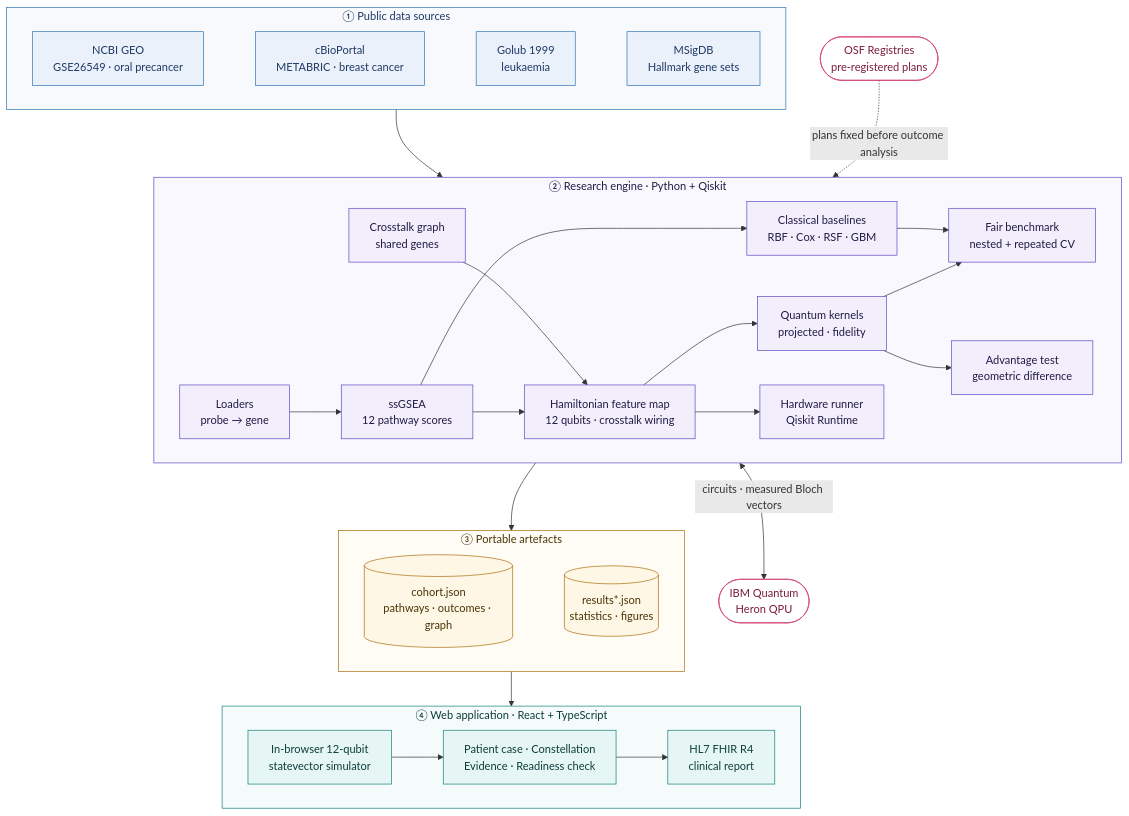
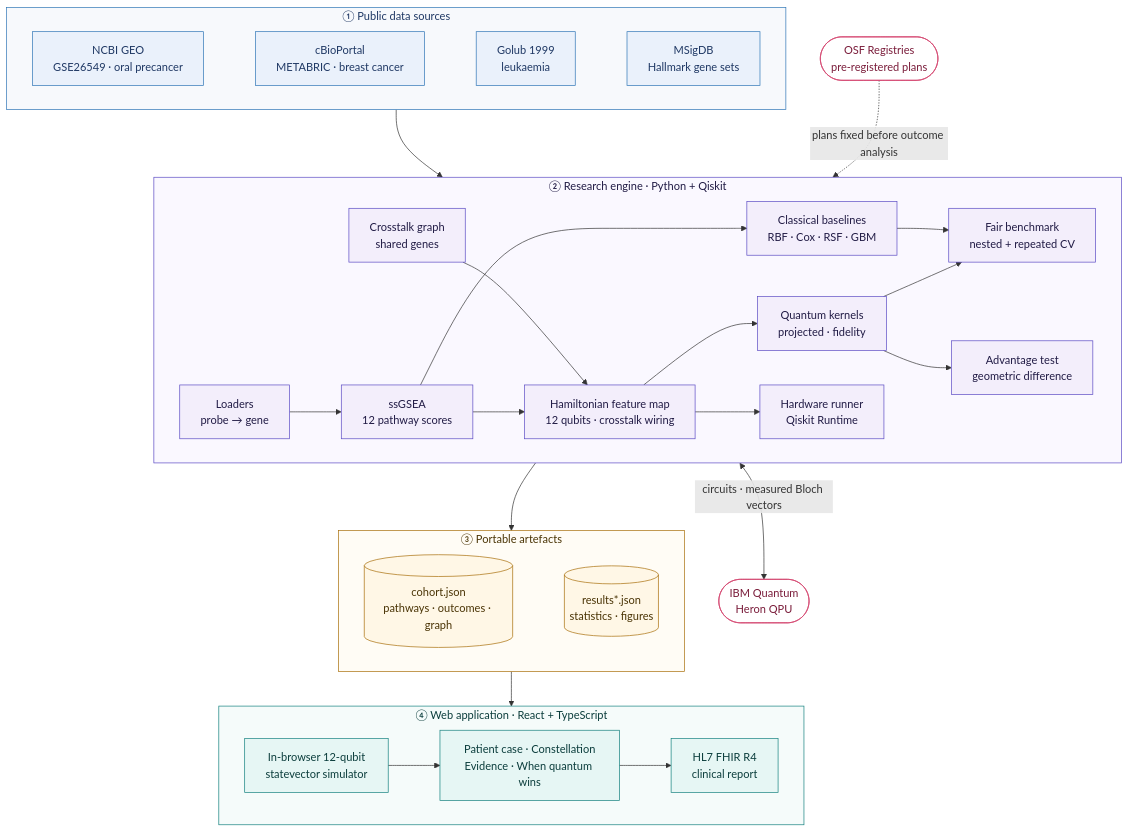
Before and after one commit to VijayaY836/Sanket: the first of 2 diagrams in README.md, drawn with Mermaid. The commit also changed other lines of this file and 1 other file, not shown here.

First line of the commit message:
Stop ignoring web/src/lib and drop unbuilt Readiness check claims

````diff
--- a/README.md
+++ b/README.md
@@ -78,61 +78,61 @@
 ```mermaid
 flowchart TB
     subgraph SRC["① Public data sources"]
         direction LR
         GEO["NCBI GEO<br/>GSE26549 · oral precancer"]
         CBP["cBioPortal<br/>METABRIC · breast cancer"]
         GOL["Golub 1999<br/>leukaemia"]
         MSIG["MSigDB<br/>Hallmark gene sets"]
         GEO ~~~ CBP ~~~ GOL ~~~ MSIG
     end
 
     subgraph ENG["② Research engine · Python + Qiskit"]
         direction LR
         LOAD["Loaders<br/>probe → gene"] --> SSG["ssGSEA<br/>12 pathway scores"]
         SSG --> FM["Hamiltonian feature map<br/>12 qubits · crosstalk wiring"]
         XT["Crosstalk graph<br/>shared genes"] --> FM
         FM --> KER["Quantum kernels<br/>projected · fidelity"]
         SSG --> CLS["Classical baselines<br/>RBF · Cox · RSF · GBM"]
         KER --> BEN["Fair benchmark<br/>nested + repeated CV"]
         CLS --> BEN
         KER --> ADV["Advantage test<br/>geometric difference"]
         FM --> HW["Hardware runner<br/>Qiskit Runtime"]
     end
 
     subgraph OUT["③ Portable artefacts"]
         direction LR
         COH[("cohort.json<br/>pathways · outcomes · graph")]
         RES[("results*.json<br/>statistics · figures")]
         COH ~~~ RES
     end
 
     subgraph APP["④ Web application · React + TypeScript"]
         direction LR
-        SIM["In-browser 12-qubit<br/>statevector simulator"] --> VIEWS["Patient case · Constellation<br/>Evidence · Readiness check"]
+        SIM["In-browser 12-qubit<br/>statevector simulator"] --> VIEWS["Patient case · Constellation<br/>Evidence · When quantum wins"]
         VIEWS --> FHIR["HL7 FHIR R4<br/>clinical report"]
     end
 
     IBM(["IBM Quantum<br/>Heron QPU"])
     OSF(["OSF Registries<br/>pre-registered plans"])
 
     SRC --> ENG
     ENG --> OUT
     OUT --> APP
     ENG <-- "circuits · measured Bloch vectors" --> IBM
     OSF -. "plans fixed before outcome analysis" .-> ENG
 
     classDef src fill:#eaf1fb,stroke:#2e75b6,color:#1f3864
     classDef eng fill:#f3eefb,stroke:#5b4bc4,color:#211b45
     classDef out fill:#fff7e6,stroke:#a86e0a,color:#4a3405
     classDef app fill:#e6f6f4,stroke:#13807e,color:#0b3d3c
     classDef ext fill:#ffffff,stroke:#d4436e,color:#7a1c3a
     class GEO,CBP,GOL,MSIG src
     class LOAD,SSG,XT,FM,KER,CLS,BEN,ADV,HW eng
     class COH,RES out
     class SIM,VIEWS,FHIR app
     class IBM,OSF ext
     style SRC fill:#f7f9fc,stroke:#2e75b6,stroke-width:1px,color:#1f3864
     style ENG fill:#faf8ff,stroke:#5b4bc4,stroke-width:1px,color:#211b45
     style OUT fill:#fffcf5,stroke:#a86e0a,stroke-width:1px,color:#4a3405
     style APP fill:#f5fbfa,stroke:#13807e,stroke-width:1px,color:#0b3d3c
 ```
````
